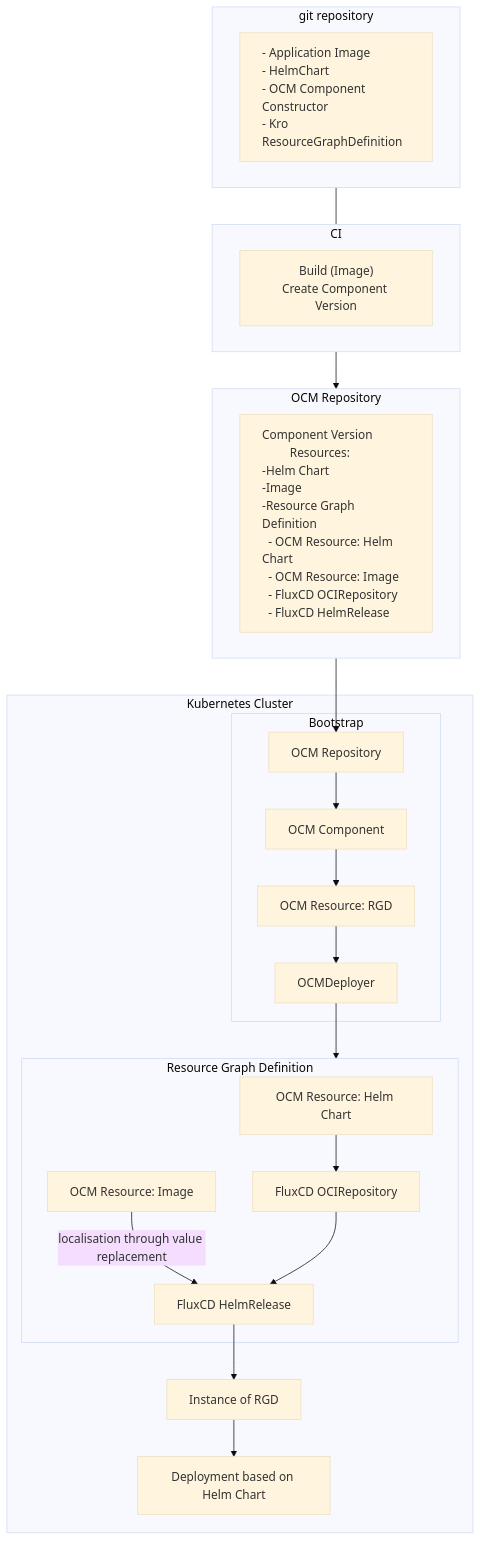
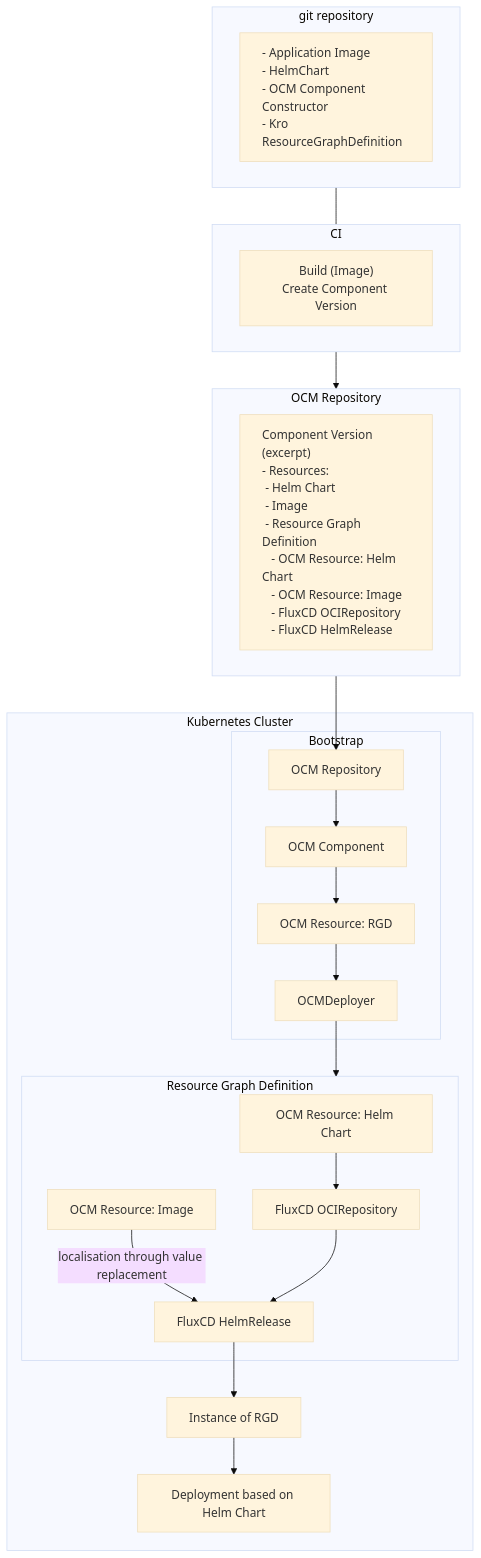
One commit to open-component-model/ocm-k8s-toolkit changed the diagram in docs/adr/deployer.md. Above: the diagram before and after it, drawn with Mermaid (base theme). The commit also changed other lines of this file, not shown here.

````diff
--- a/docs/adr/deployer.md
+++ b/docs/adr/deployer.md
@@ -107,52 +110,52 @@
 ```mermaid
 graph TD
   style git-content text-align:left
   style component-version text-align:left
   subgraph gitrepo["git repository"]
     git-content["- Application Image
 - HelmChart
 - OCM Component Constructor
 - Kro ResourceGraphDefinition"]
   end
   subgraph ci[CI]
     ci-content["Build (Image)<br>Create Component Version"]
   end
   subgraph ocmrepo["OCM Repository"]
-         component-version["Component Version
-         Resources:
--Helm Chart
--Image
--Resource Graph Definition
-#nbsp; - OCM Resource: Helm Chart
-#nbsp; - OCM Resource: Image
-#nbsp; - FluxCD OCIRepository
-#nbsp; - FluxCD HelmRelease"]
+    component-version["Component Version (excerpt)
+- Resources:
+#nbsp;- Helm Chart
+#nbsp;- Image
+#nbsp;- Resource Graph Definition
+#nbsp;#nbsp; - OCM Resource: Helm Chart
+#nbsp;#nbsp; - OCM Resource: Image
+#nbsp;#nbsp; - FluxCD OCIRepository
+#nbsp;#nbsp; - FluxCD HelmRelease"]
   end
   subgraph cluster["Kubernetes Cluster"]
     subgraph bootstrap["Bootstrap"]
       bootstrap-ocm-repo["OCM Repository"]
       bootstrap-ocm-component["OCM Component"]
       bootstrap-ocm-res["OCM Resource: RGD"]
       bootstrap-ocm-deployer["OCMDeployer"]
     end
     subgraph rgd["Resource Graph Definition"]
       rgd-ocm-img-helm-chart["OCM Resource: Helm Chart"]
       rgd-ocm-img["OCM Resource: Image"]
       fluxcd-ocirepository["FluxCD OCIRepository"]
       fluxcd-helmrelease["FluxCD HelmRelease"]
     end
     instance["Instance of RGD"]
     deployment["Deployment based on Helm Chart"]
   end
 
   gitrepo --- ci
   ci --> ocmrepo
   ocmrepo --> bootstrap-ocm-repo
   bootstrap-ocm-repo --> bootstrap-ocm-component --> bootstrap-ocm-res --> bootstrap-ocm-deployer
   bootstrap-ocm-deployer --> rgd
   rgd-ocm-img-helm-chart --> fluxcd-ocirepository
   rgd-ocm-img -- localisation through value replacement --> fluxcd-helmrelease
   fluxcd-ocirepository --> fluxcd-helmrelease
   fluxcd-helmrelease --> instance
   instance --> deployment
 ```
````
